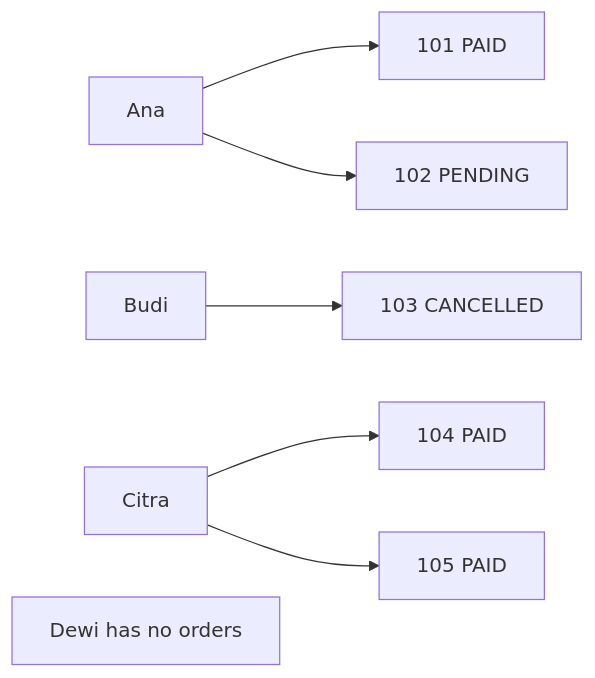
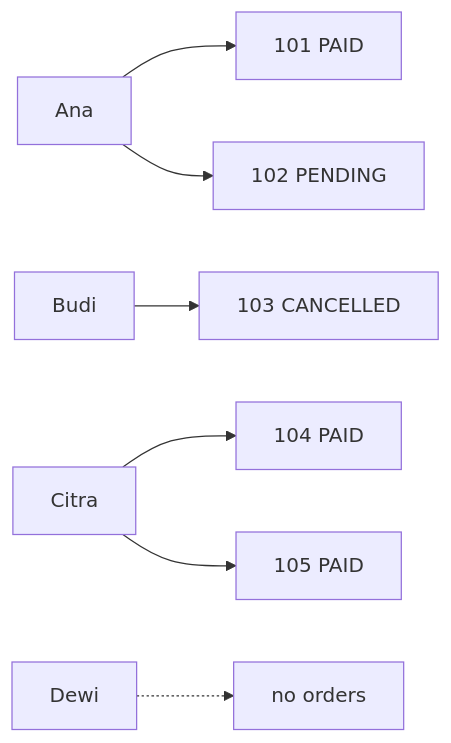
The third of 6 diagrams in learn/database/04-subqueries-ctes-and-exists.md (starjustice/research-material), drawn with Mermaid before and after one commit. The commit also changed other lines of this file, not shown here.

````diff
--- a/learn/database/04-subqueries-ctes-and-exists.md
+++ b/learn/database/04-subqueries-ctes-and-exists.md
@@ -70,9 +194,9 @@
 ```mermaid
 graph LR
     ANA["Ana"] --> O101["101 PAID"]
     ANA --> O102["102 PENDING"]
     BUDI["Budi"] --> O103["103 CANCELLED"]
     CITRA["Citra"] --> O104["104 PAID"]
     CITRA --> O105["105 PAID"]
-    DEWI["Dewi has no orders"]
+    DEWI["Dewi"] -.-> N["no orders"]
 ```
````
